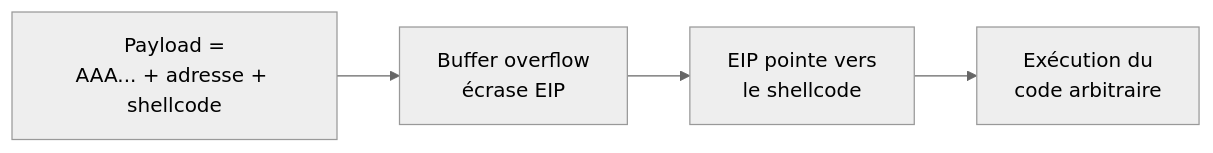
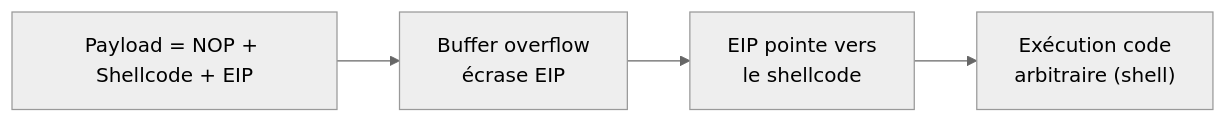
The first of 2 diagrams in JOUR-03.md (yugmerabtene/techniques-de-hacking-niveau-1), drawn with Mermaid (neutral theme) before and after one commit. The commit also changed other lines of this file and 22 other files, not shown here.

Commit message:
v3: labs ultra-guides + HORS-SERIE agentic KillChainAgent + schemas mermaid + ATT&CK partout

````diff
--- a/JOUR-03.md
+++ b/JOUR-03.md
@@ -58,6 +45,6 @@
 ```mermaid
 flowchart LR
-    A["Payload =<br/>AAA... + adresse + shellcode"] --> B["Buffer overflow<br/>écrase EIP"]
+    A["Payload = NOP + Shellcode + EIP"] --> B["Buffer overflow<br/>écrase EIP"]
     B --> C["EIP pointe vers<br/>le shellcode"]
-    C --> D["Exécution du<br/>code arbitraire"]
+    C --> D["Exécution code<br/>arbitraire (shell)"]
 ```
````
